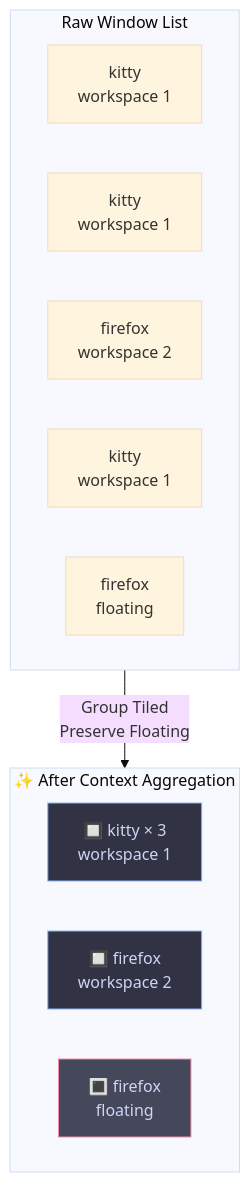
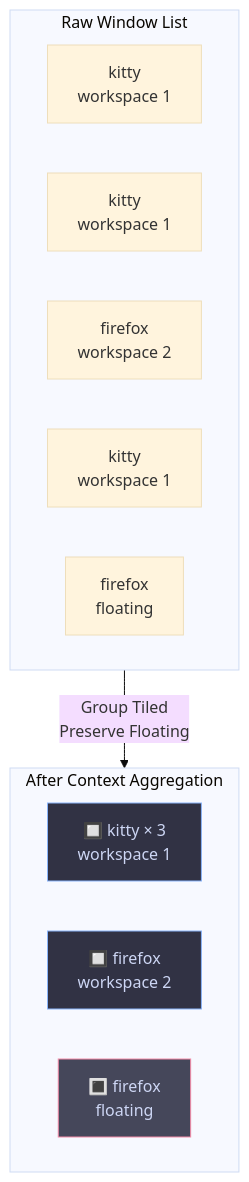
One commit to OpalAayan/snappy-switcher changed the second of 3 diagrams in README.md. Above: the diagram before and after it, drawn with Mermaid (base theme). The commit also changed other lines of this file and 32 other files, not shown here.

````diff
--- a/README.md
+++ b/README.md
@@ -71,23 +71,23 @@
 ```mermaid
 graph TB
     subgraph Before[" Raw Window List"]
         W1["kitty<br/>workspace 1"]
         W2["kitty<br/>workspace 1"]
         W3["firefox<br/>workspace 2"]
         W4["kitty<br/>workspace 1"]
         W5["firefox<br/>floating"]
     end
 
-    subgraph After["✨ After Context Aggregation"]
+    subgraph After["After Context Aggregation"]
 
         G1["🔲 kitty × 3<br/>workspace 1"]
         G2["🔲 firefox<br/>workspace 2"]
         G3["🔳 firefox<br/>floating"]
     end
 
     Before -->|"Group Tiled<br/>Preserve Floating"| After
 
     style G1 fill:#313244,stroke:#89b4fa,color:#cdd6f4
     style G2 fill:#313244,stroke:#89b4fa,color:#cdd6f4
     style G3 fill:#45475a,stroke:#f38ba8,color:#cdd6f4
 ```
````
